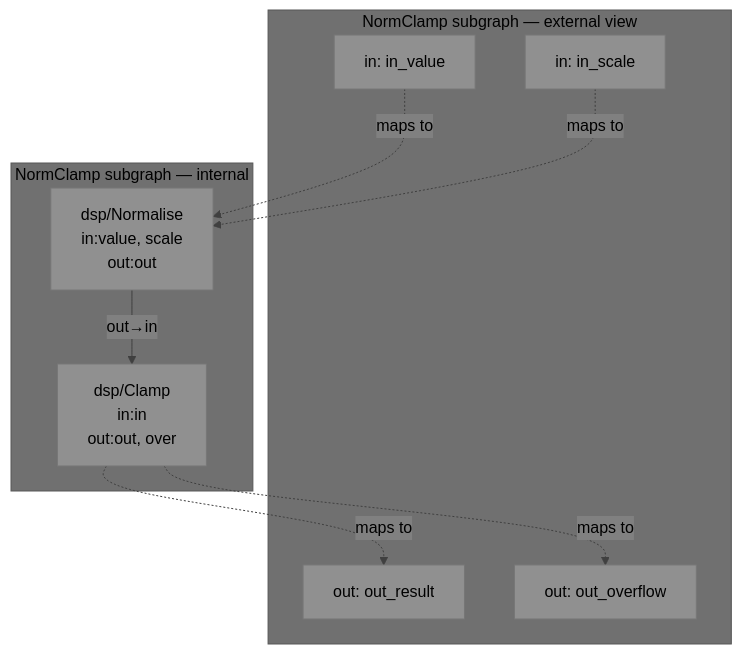
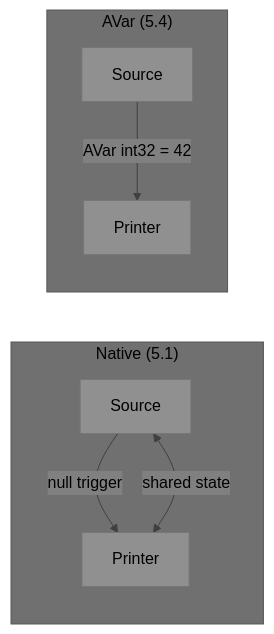
The ninth of 11 diagrams in docs/api.md (visionik/anyflux), drawn with Mermaid before and after one commit. The commit also changed other lines of this file, not shown here.

Commit message:
docs: restructure examples — native-first (5.1-5.3), AVar introduced in 5.4

````diff
--- a/docs/api.md
+++ b/docs/api.md
@@ -473,17 +539,11 @@
 ```mermaid
 %%{init: {'theme': 'base', 'themeVariables': { 'primaryColor': '#909090', 'secondaryColor': '#808080', 'tertiaryColor': '#707070', 'primaryTextColor': '#000000', 'secondaryTextColor': '#000000', 'tertiaryTextColor': '#000000', 'noteTextColor': '#000000', 'lineColor': '#404040' }}}%%
-graph TB
-    subgraph "NormClamp subgraph — external view"
-        EI1["in: in_value"]
-        EI2["in: in_scale"]
-        EO1["out: out_result"]
-        EO2["out: out_overflow"]
+graph LR
+    subgraph "Native (5.1)"
+        N1[Source] -->|"null trigger"| N2[Printer]
+        N1 <-->|"shared state"| N2
     end
-    subgraph "NormClamp subgraph — internal"
-        NORM["dsp/Normalise\nin:value, scale\nout:out"] -->|out→in| CLAMP["dsp/Clamp\nin:in\nout:out, over"]
+    subgraph "AVar (5.4)"
+        A1[Source] -->|"AVar int32 = 42"| A2[Printer]
     end
-    EI1 -.->|maps to| NORM
-    EI2 -.->|maps to| NORM
-    CLAMP -.->|maps to| EO1
-    CLAMP -.->|maps to| EO2
 ```
````
